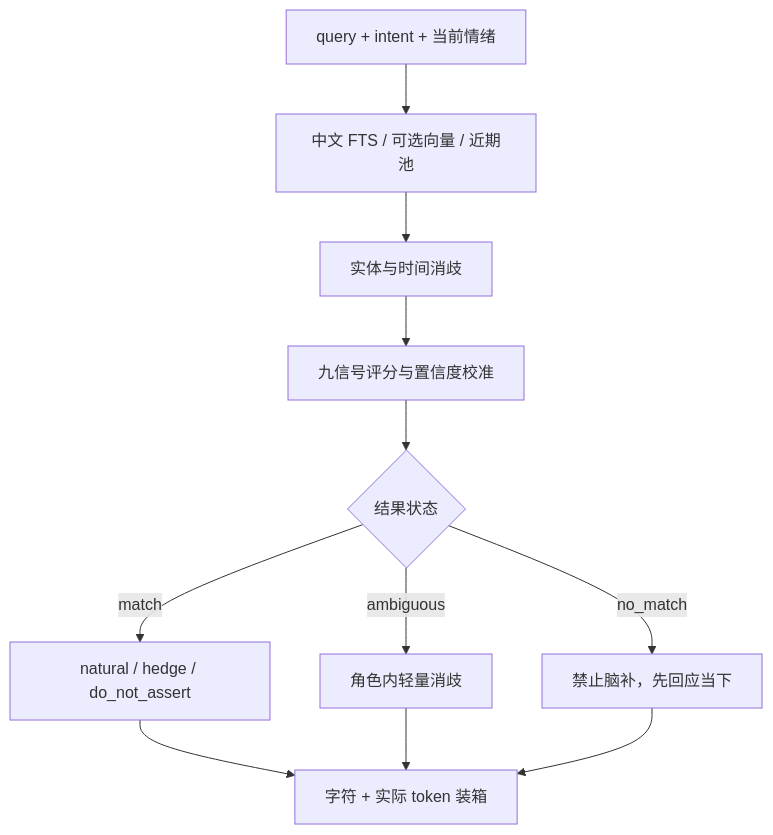
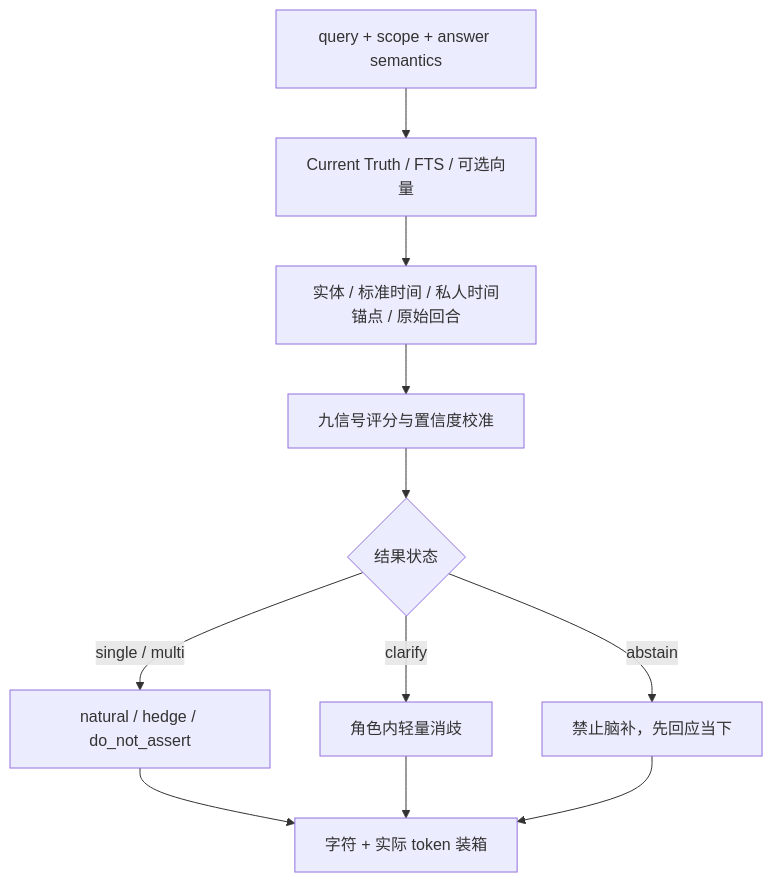
The third of 4 diagrams in docs/ARCHITECTURE.md (tianhao8687/CompanionMemoryOS), drawn with Mermaid before and after one commit. The commit also changed other lines of this file and 10 other files, not shown here.

````diff
--- a/docs/ARCHITECTURE.md
+++ b/docs/ARCHITECTURE.md
@@ -24,13 +37,13 @@
 ```mermaid
 flowchart TD
-    A["query + intent + 当前情绪"] --> B["中文 FTS / 可选向量 / 近期池"]
-    B --> C["实体与时间消歧"]
+    A["query + scope + answer semantics"] --> B["Current Truth / FTS / 可选向量"]
+    B --> C["实体 / 标准时间 / 私人时间锚点 / 原始回合"]
     C --> D["九信号评分与置信度校准"]
     D --> E{"结果状态"}
-    E -->|match| F["natural / hedge / do_not_assert"]
-    E -->|ambiguous| G["角色内轻量消歧"]
-    E -->|no_match| H["禁止脑补，先回应当下"]
+    E -->|single / multi| F["natural / hedge / do_not_assert"]
+    E -->|clarify| G["角色内轻量消歧"]
+    E -->|abstain| H["禁止脑补，先回应当下"]
     F --> I["字符 + 实际 token 装箱"]
     G --> I
     H --> I
 ```
````
